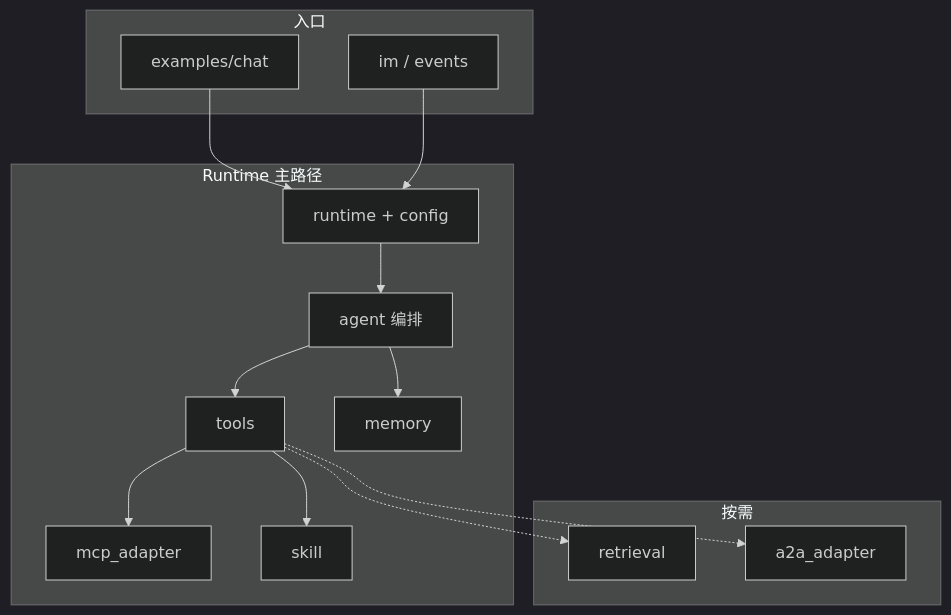
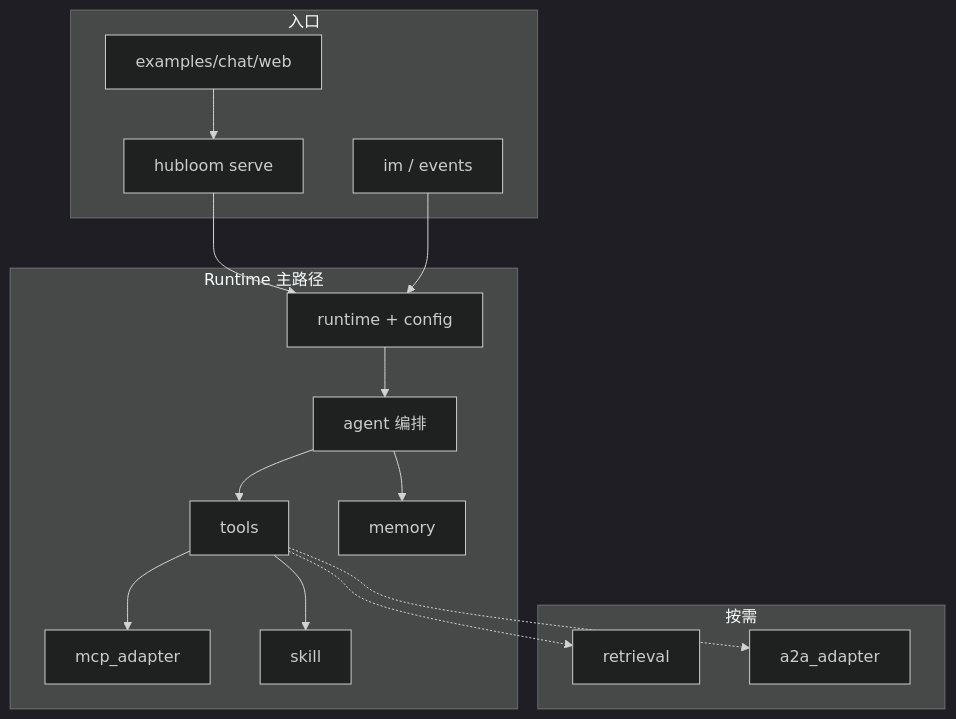
One commit to Zhong-y-j/Hubloom changed the diagram in docs/modules/README.md. Above: the diagram before and after it, drawn with Mermaid (dark theme). The commit also changed other lines of this file and 33 other files, not shown here.

First line of the commit message:
将示例站改为纯前端对接 Hubloom Serve，并移除 A2UI/AG-UI。

````diff
--- a/docs/modules/README.md
+++ b/docs/modules/README.md
@@ -17,28 +17,30 @@
 ```mermaid
 flowchart TB
   subgraph entry["入口"]
-    EX["examples/chat"]
+    EX["examples/chat/web"]
+    SV["hubloom serve"]
     IM["im / events"]
   end
   subgraph core["Runtime 主路径"]
     RT["runtime + config"]
     AG["agent 编排"]
     TL["tools"]
     MCP["mcp_adapter"]
     SK["skill"]
     MEM["memory"]
   end
   subgraph opt["按需"]
     RAG["retrieval"]
     A2A["a2a_adapter"]
   end
-  EX --> RT
+  EX --> SV
+  SV --> RT
   IM --> RT
   RT --> AG
   AG --> TL
   TL --> MCP
   TL --> SK
   AG --> MEM
   TL -.-> RAG
   TL -.-> A2A
 ```
````
